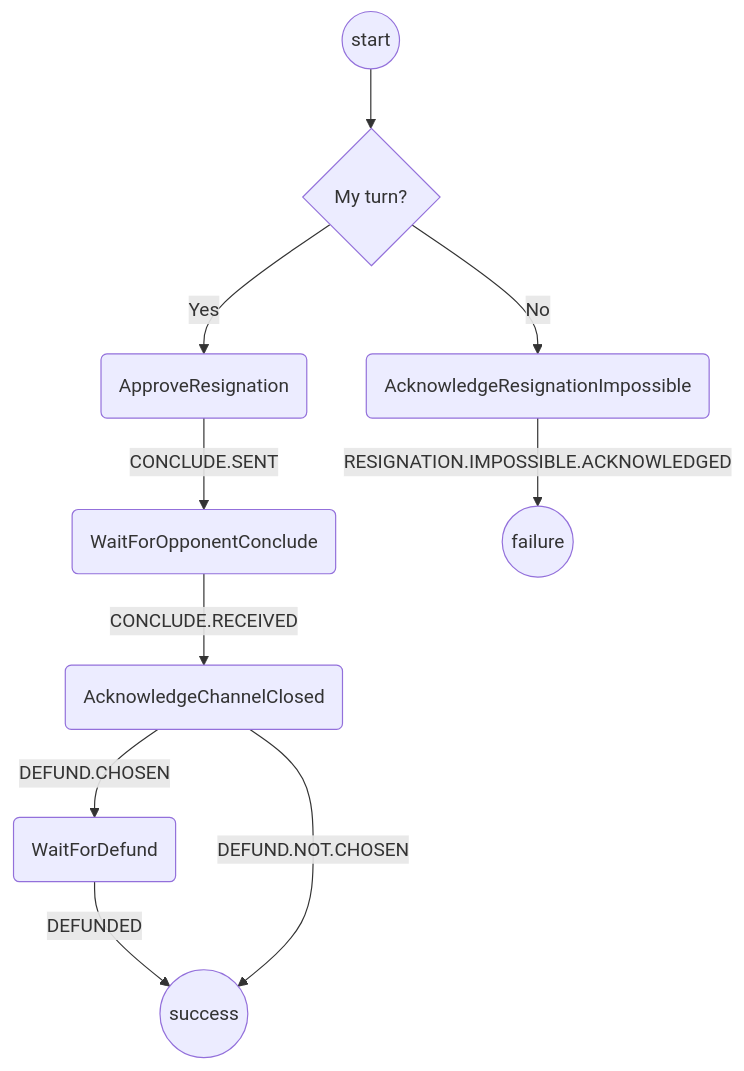
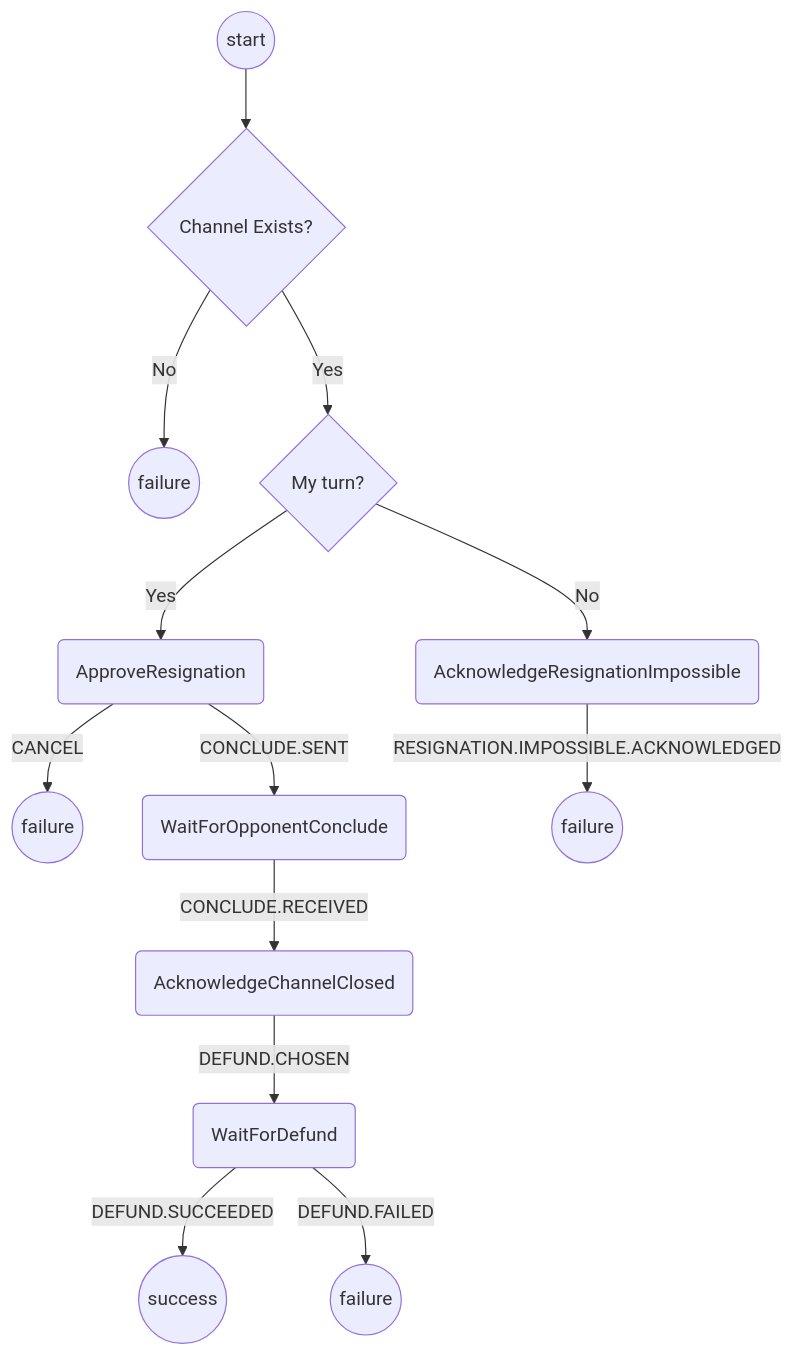
The diagram in packages/wallet/src/redux/protocols/resigning/readme.md (magmo/apps), drawn with Mermaid before and after one commit. The commit also changed 7 other files, not shown here.

````diff
--- a/packages/wallet/src/redux/protocols/resigning/readme.md
+++ b/packages/wallet/src/redux/protocols/resigning/readme.md
@@ -20,12 +20,15 @@
 ```mermaid
 graph TD
-  S((start)) --> CR{My turn?}
+  S((start)) --> E{Channel Exists?}
+  E --> |No| F1((failure))
+  E --> |Yes| CR{My turn?}
   CR  --> |Yes| CC(ApproveResignation)
   CR  --> |No| RC(AcknowledgeResignationImpossible)
+  CC  --> |CANCEL| F2((failure))
   CC  --> |CONCLUDE.SENT| WOC(WaitForOpponentConclude)
   WOC --> |CONCLUDE.RECEIVED| ACC(AcknowledgeChannelClosed)
   ACC --> |DEFUND.CHOSEN| D(WaitForDefund)
-  D   --> |DEFUNDED| SS
-  ACC --> |DEFUND.NOT.CHOSEN| SS((success))
-  RC  --> |RESIGNATION.IMPOSSIBLE.ACKNOWLEDGED| F((failure))
+  D   --> |DEFUND.SUCCEEDED| SS((success))
+  D   --> |DEFUND.FAILED| F3((failure))
+  RC  --> |RESIGNATION.IMPOSSIBLE.ACKNOWLEDGED| F4((failure))
 ```
````
